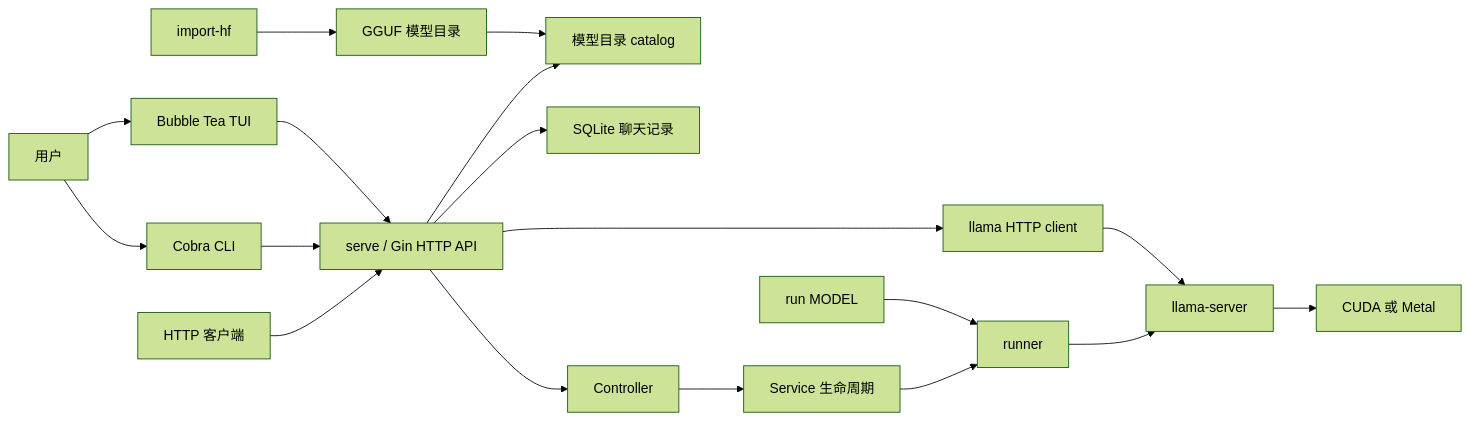
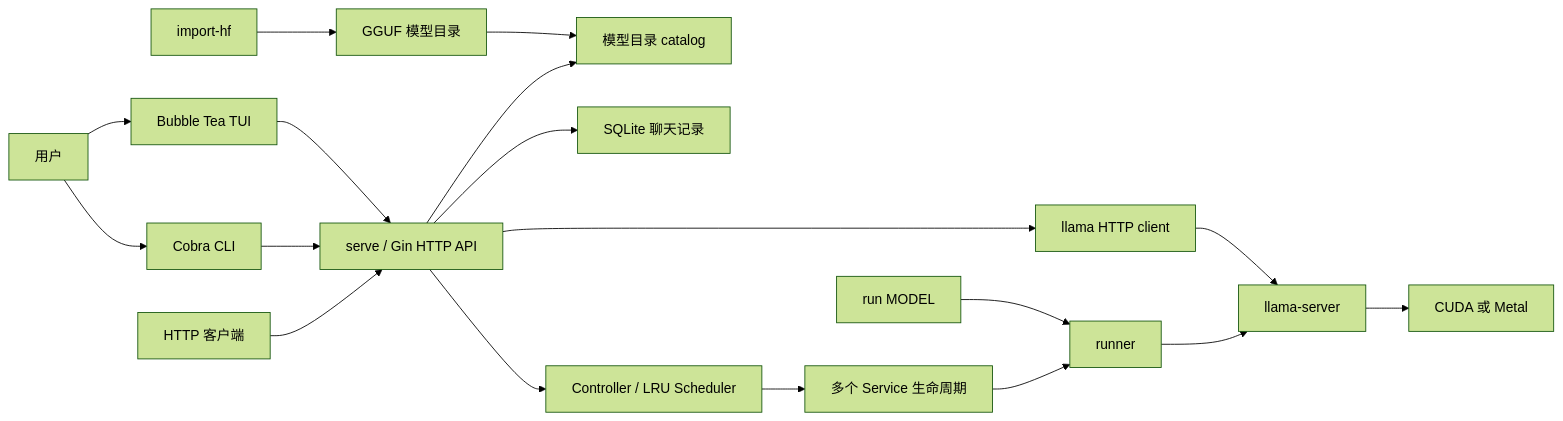
The first of 2 diagrams in README.md (LulietLyan/mini-ollama), drawn with Mermaid (forest theme) before and after one commit. The commit also changed other lines of this file, not shown here.

````diff
--- a/README.md
+++ b/README.md
@@ -79,22 +83,22 @@
 ```mermaid
 flowchart LR
     User[用户] --> CLI[Cobra CLI]
     User --> TUI[Bubble Tea TUI]
     HTTPClient[HTTP 客户端] --> API
     CLI --> API[serve / Gin HTTP API]
     TUI --> API
 
     API --> Catalog[模型目录 catalog]
     API --> History[SQLite 聊天记录]
-    API --> Controller[Controller]
-    Controller --> Service[Service 生命周期]
+    API --> Controller[Controller / LRU Scheduler]
+    Controller --> Service[多个 Service 生命周期]
     Service --> Runner[runner]
     Runner --> Llama[llama-server]
     API --> LlamaClient[llama HTTP client]
     LlamaClient --> Llama
     Llama --> Compute[CUDA 或 Metal]
 
     DirectRun[run MODEL] --> Runner
     Import[import-hf] --> Models[GGUF 模型目录]
     Models --> Catalog
 ```
````
